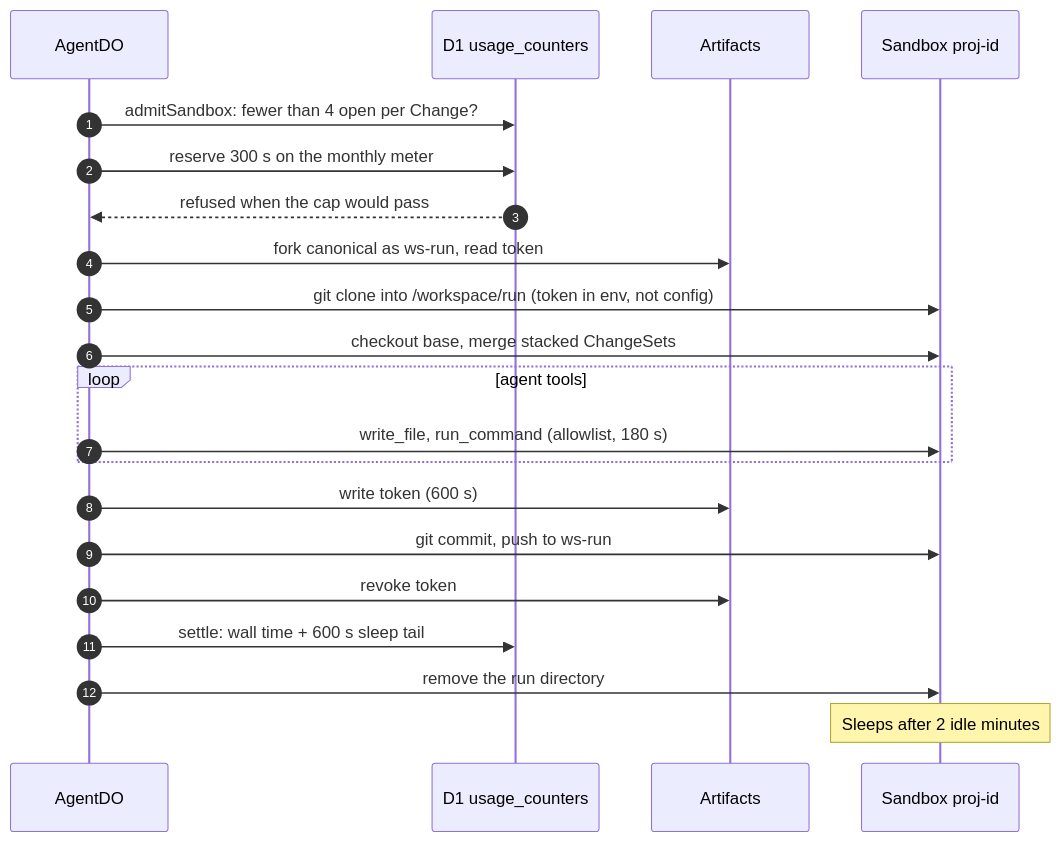
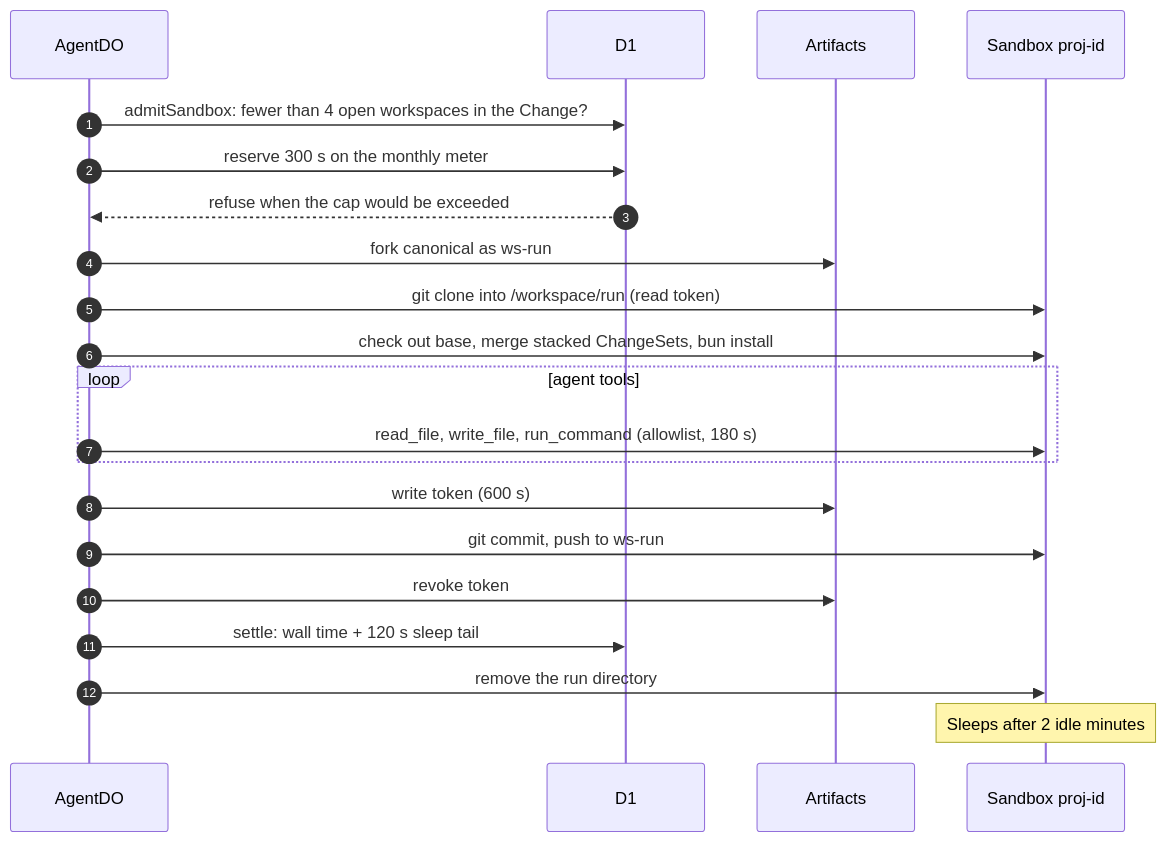
Before and after one commit to nsudhanva/rhumbatron: the third of 8 diagrams in docs/architecture/source-and-verification.md, drawn with Mermaid. The commit also changed other lines of this file and 47 other files, not shown here.

````diff
--- a/docs/architecture/source-and-verification.md
+++ b/docs/architecture/source-and-verification.md
@@ -88,24 +108,24 @@
 ```mermaid
 sequenceDiagram
   autonumber
   participant A as AgentDO
-  participant D1 as D1 usage_counters
+  participant D1 as D1
   participant Art as Artifacts
   participant SBX as Sandbox proj-id
 
-  A->>D1: admitSandbox: fewer than 4 open per Change?
+  A->>D1: admitSandbox: fewer than 4 open workspaces in the Change?
   A->>D1: reserve 300 s on the monthly meter
-  D1-->>A: refused when the cap would pass
-  A->>Art: fork canonical as ws-run, read token
-  A->>SBX: git clone into /workspace/run (token in env, not config)
-  A->>SBX: checkout base, merge stacked ChangeSets
+  D1-->>A: refuse when the cap would be exceeded
+  A->>Art: fork canonical as ws-run
+  A->>SBX: git clone into /workspace/run (read token)
+  A->>SBX: check out base, merge stacked ChangeSets, bun install
   loop agent tools
-    A->>SBX: write_file, run_command (allowlist, 180 s)
+    A->>SBX: read_file, write_file, run_command (allowlist, 180 s)
   end
   A->>Art: write token (600 s)
   A->>SBX: git commit, push to ws-run
   A->>Art: revoke token
-  A->>D1: settle: wall time + 600 s sleep tail
+  A->>D1: settle: wall time + 120 s sleep tail
   A->>SBX: remove the run directory
   Note over SBX: Sleeps after 2 idle minutes
 ```
````
